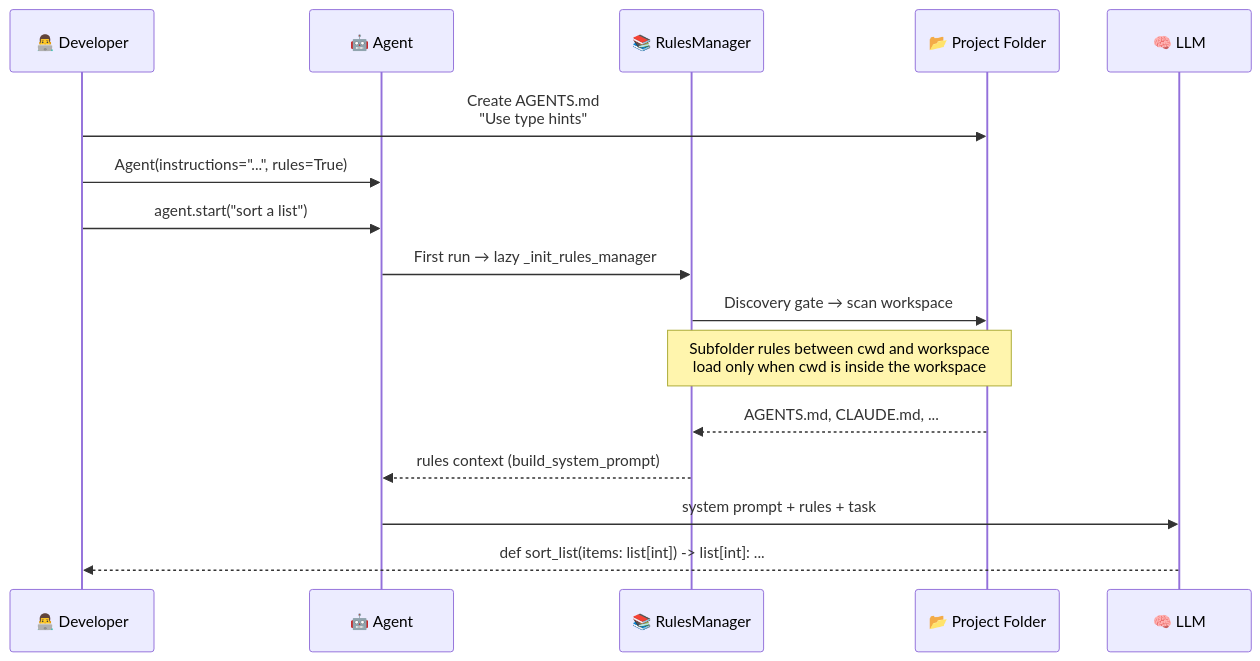
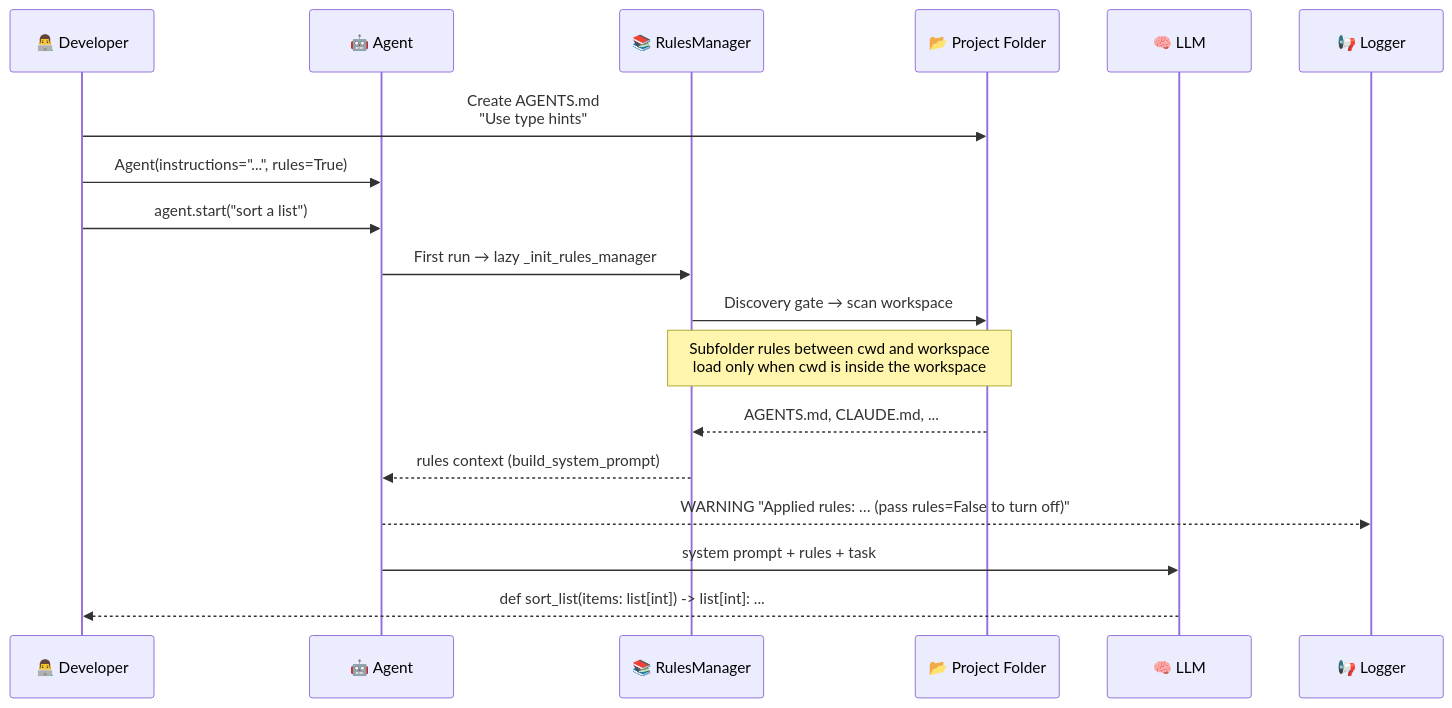
Before and after one commit to MervinPraison/PraisonAIDocs: the third of 11 diagrams in docs/features/rules.mdx, drawn with Mermaid. The commit also changed other lines of this file and 7 other files, not shown here.

Commit message:
fix: document OPENAI_TIMEOUT, nameless-agent guardrail fallback, and visible rules notice (fixes #4945)

````diff
--- a/docs/features/rules.mdx
+++ b/docs/features/rules.mdx
@@ -55,19 +55,21 @@
 ```mermaid
 sequenceDiagram
     participant Dev as 👨‍💻 Developer
     participant Agent as 🤖 Agent
     participant RM as 📚 RulesManager
     participant FS as 📂 Project Folder
     participant LLM as 🧠 LLM
+    participant Log as 📢 Logger
 
     Dev->>FS: Create AGENTS.md<br/>"Use type hints"
     Dev->>Agent: Agent(instructions="...", rules=True)
     Dev->>Agent: agent.start("sort a list")
     Agent->>RM: First run → lazy _init_rules_manager
     RM->>FS: Discovery gate → scan workspace
     Note over RM,FS: Subfolder rules between cwd and workspace<br/>load only when cwd is inside the workspace
     FS-->>RM: AGENTS.md, CLAUDE.md, ...
     RM-->>Agent: rules context (build_system_prompt)
+    Agent-->>Log: WARNING "Applied rules: … (pass rules=False to turn off)"
     Agent->>LLM: system prompt + rules + task
     LLM-->>Dev: def sort_list(items: list[int]) -> list[int]: ...
 ```
````
